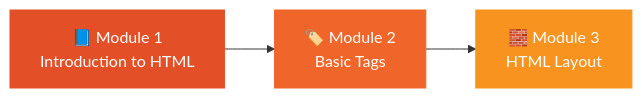
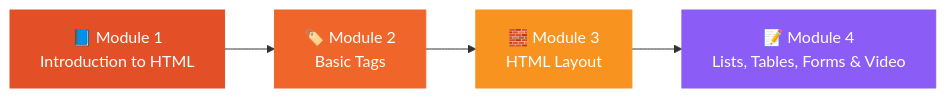
The diagram in README.md (vinayakmishra4/HTML-FOR-BEGINEERS), drawn with Mermaid before and after one commit. The commit also changed other lines of this file, not shown here.

````diff
--- a/README.md
+++ b/README.md
@@ -41,7 +41,8 @@
 ```mermaid
 flowchart LR
-    A["📘 Module 1<br/>Introduction to HTML"] --> B["🏷️ Module 2<br/>Basic Tags"] --> C["🧱 Module 3<br/>HTML Layout"]
+    A["📘 Module 1<br/>Introduction to HTML"] --> B["🏷️ Module 2<br/>Basic Tags"] --> C["🧱 Module 3<br/>HTML Layout"] --> D["📝 Module 4<br/>Lists, Tables, Forms & Video"]
     style A fill:#E34F26,stroke:#E34F26,color:#ffffff
     style B fill:#F06529,stroke:#F06529,color:#ffffff
     style C fill:#F7931E,stroke:#F7931E,color:#ffffff
+    style D fill:#8B5CF6,stroke:#8B5CF6,color:#ffffff
 ```
````
